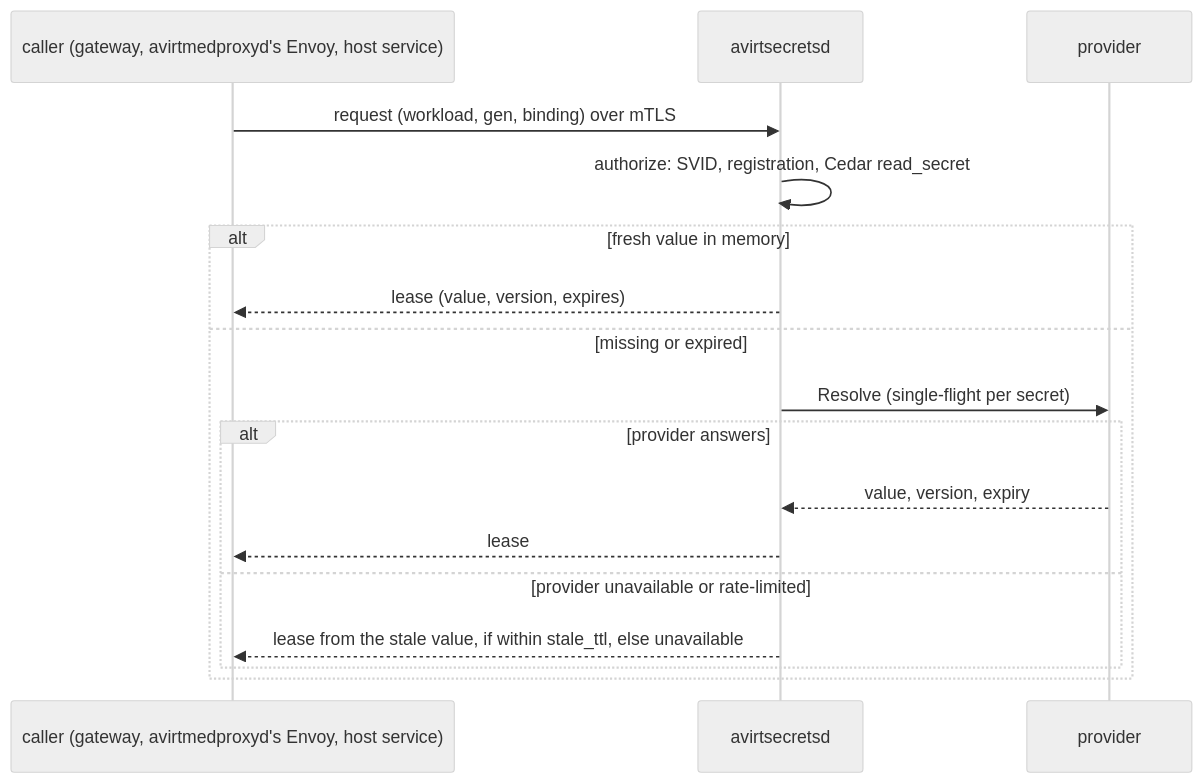
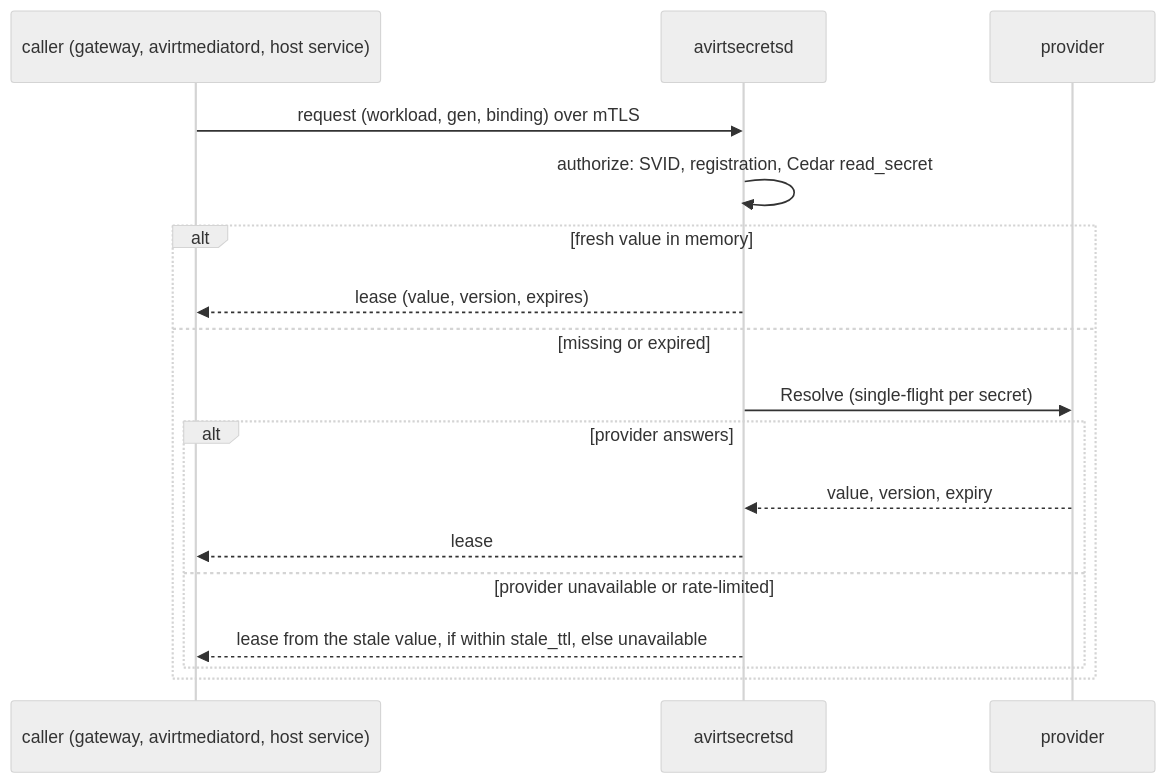
One commit to tbhb-dev/avirt changed the first of 2 diagrams in docs/secrets.md. Above: the diagram before and after it, drawn with Mermaid (neutral theme). The commit also changed other lines of this file and 116 other files, not shown here.

````diff
--- a/docs/secrets.md
+++ b/docs/secrets.md
@@ -113,19 +113,19 @@
 ```mermaid
 sequenceDiagram
-    participant C as caller (gateway, avirtmedproxyd's Envoy, host service)
+    participant C as caller (gateway, avirtmediatord, host service)
     participant S as avirtsecretsd
     participant P as provider
     C->>S: request (workload, gen, binding) over mTLS
     S->>S: authorize: SVID, registration, Cedar read_secret
     alt fresh value in memory
         S-->>C: lease (value, version, expires)
     else missing or expired
         S->>P: Resolve (single-flight per secret)
         alt provider answers
             P-->>S: value, version, expiry
             S-->>C: lease
         else provider unavailable or rate-limited
             S-->>C: lease from the stale value, if within stale_ttl, else unavailable
         end
     end
 ```
````
